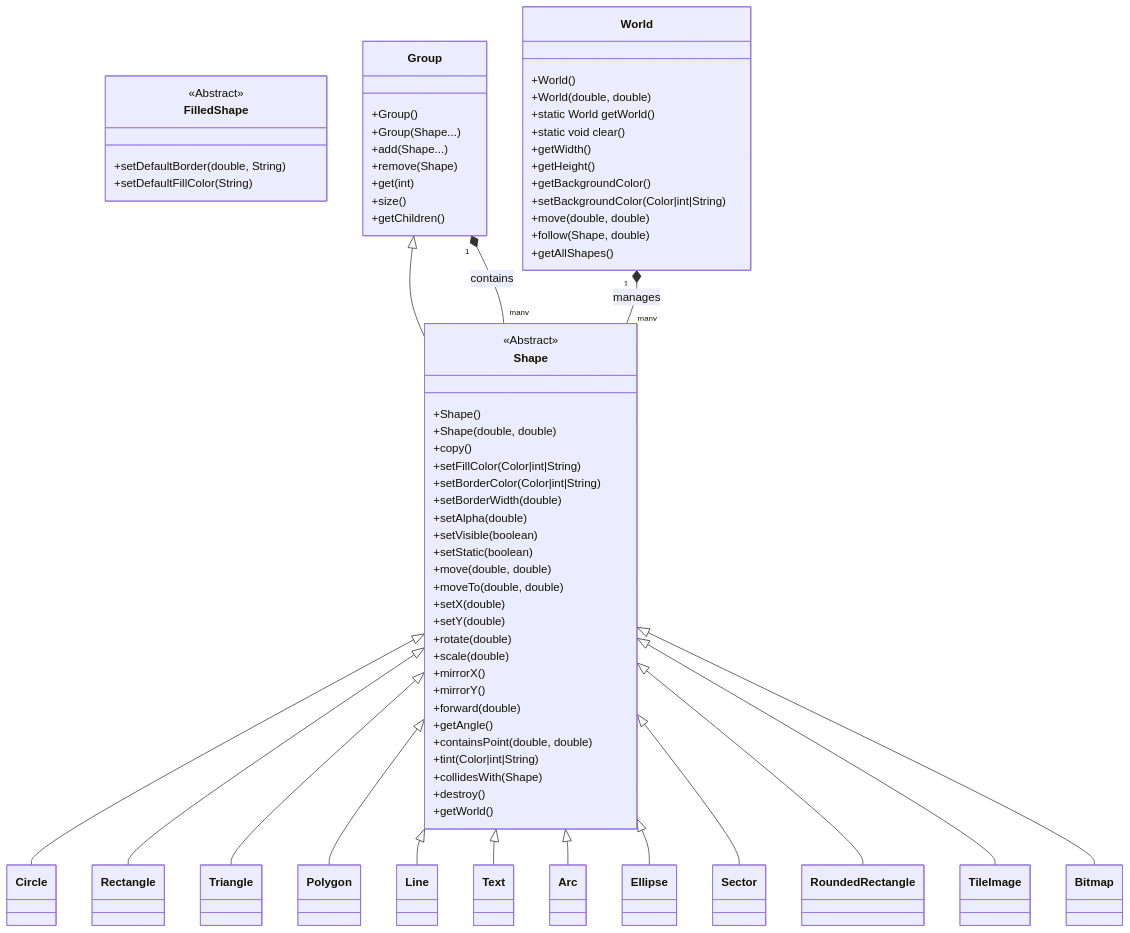
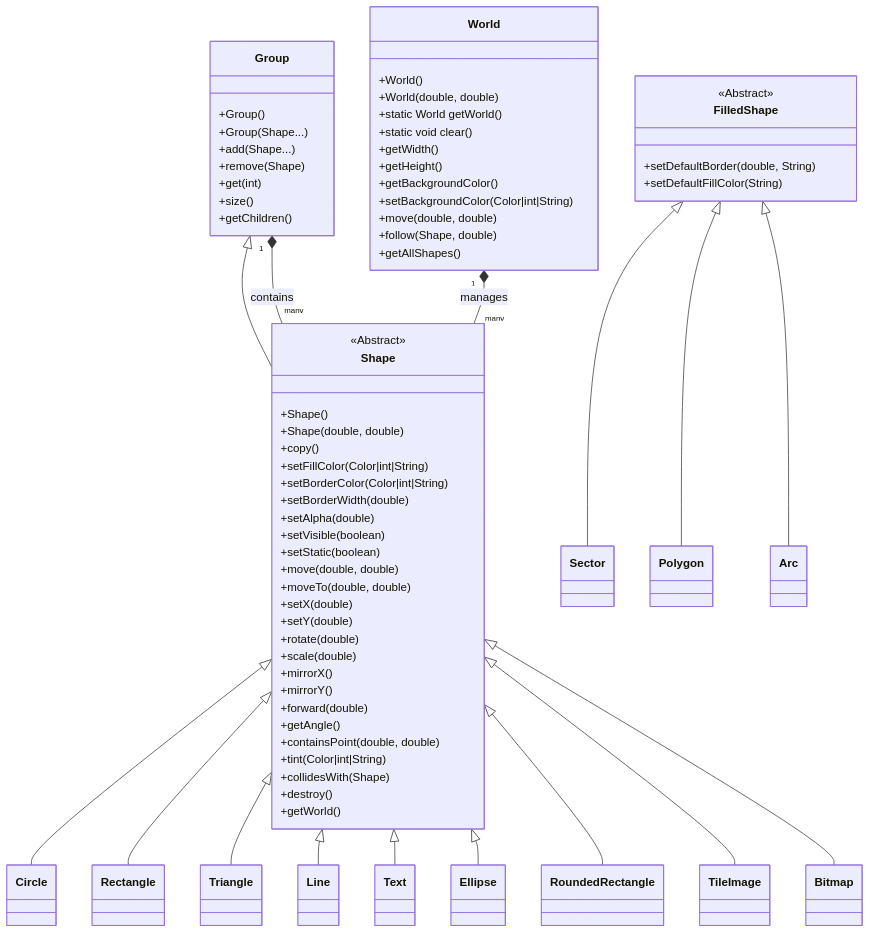
One commit to Blockly2Java/B2J_Graphics changed the diagram in README.md. Above: the diagram before and after it, drawn with Mermaid.

Commit message:
Update UML class diagram: add Sector, Polygon, and Arc as subclasses of FilledShape

````diff
--- a/README.md
+++ b/README.md
@@ -23,80 +23,81 @@
 ```mermaid
 classDiagram
     %% Hide private and protected members
     hide emptyMembers
 
     class Shape {
         <<Abstract>>
         +Shape()
         +Shape(double, double)
         +copy()
         +setFillColor(Color|int|String)
         +setBorderColor(Color|int|String)
         +setBorderWidth(double)
         +setAlpha(double)
         +setVisible(boolean)
         +setStatic(boolean)
         +move(double, double)
         +moveTo(double, double)
         +setX(double)
         +setY(double)
         +rotate(double)
         +scale(double)
         +mirrorX()
         +mirrorY()
         +forward(double)
         +getAngle()
         +containsPoint(double, double)
         +tint(Color|int|String)
         +collidesWith(Shape)
         +destroy()
         +getWorld()
     }
 
     class FilledShape {
         <<Abstract>>
         +setDefaultBorder(double, String)
         +setDefaultFillColor(String)
     }
 
     class Group {
         +Group()
         +Group(Shape...)
         +add(Shape...)
         +remove(Shape)
         +get(int)
         +size()
         +getChildren()
     }
 
     class World {
         +World()
         +World(double, double)
         +static World getWorld()
         +static void clear()
         +getWidth()
         +getHeight()
         +getBackgroundColor()
         +setBackgroundColor(Color|int|String)
         +move(double, double)
         +follow(Shape, double)
         +getAllShapes()
     }
 
     Shape <|-- Circle
     Shape <|-- Rectangle
     Shape <|-- Triangle
-    Shape <|-- Polygon
     Shape <|-- Line
     Shape <|-- Text
-    Shape <|-- Arc
     Shape <|-- Ellipse
-    Shape <|-- Sector
     Shape <|-- RoundedRectangle
     Shape <|-- TileImage
     Shape <|-- Bitmap
+
+    FilledShape <|-- Sector
+    FilledShape <|-- Polygon
+    FilledShape <|-- Arc
 
     Group <|-- Shape
     Group "1" *-- "many" Shape : contains
     World "1" *-- "many" Shape : manages
 ```
````
